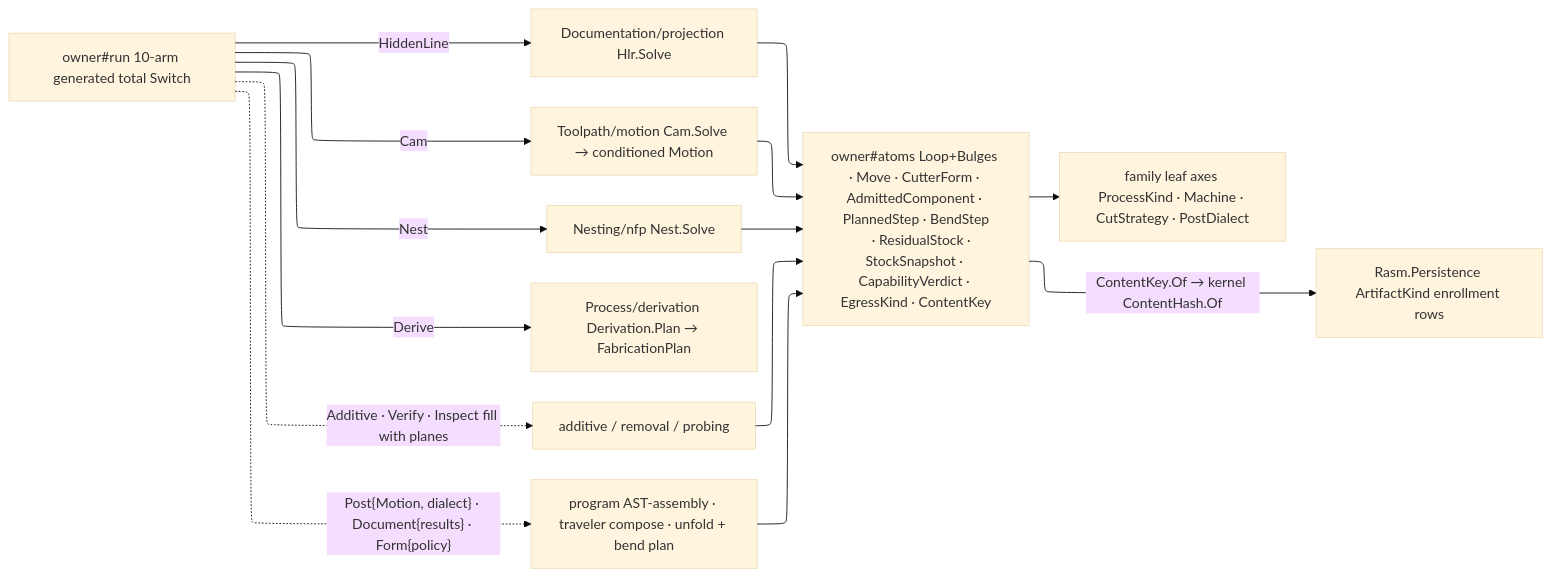
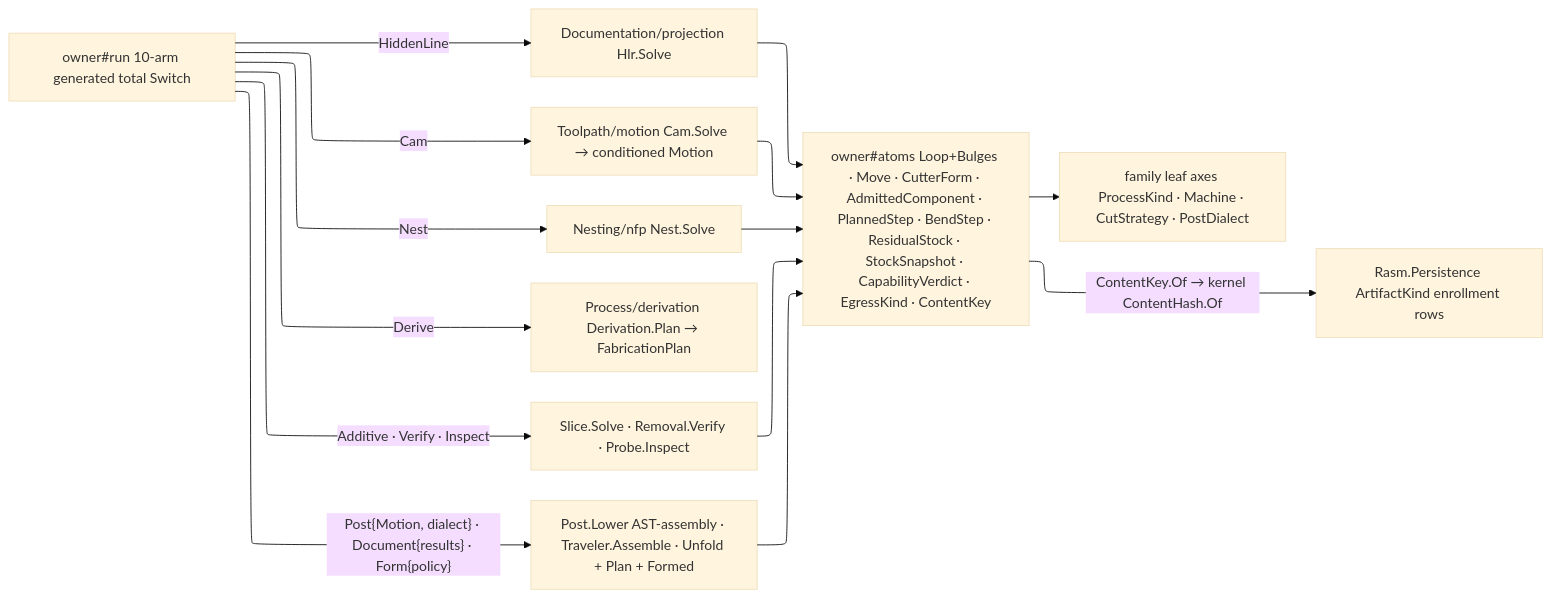
Before and after one commit to bsamiee/Rasm: the diagram in libs/csharp/Rasm.Fabrication/.planning/Process/owner.md, drawn with Mermaid. The commit also changed other lines of this file and 181 other files, not shown here.

````diff
--- a/libs/csharp/Rasm.Fabrication/.planning/Process/owner.md
+++ b/libs/csharp/Rasm.Fabrication/.planning/Process/owner.md
@@ -227,25 +237,24 @@
 ```mermaid
 ---
 config:
   layout: elk
   theme: base
 ---
 flowchart LR
-    Atoms["owner#atoms Loop+Bulges · Move · CutterForm · AdmittedComponent · PlannedStep · BendStep
-    · ResidualStock · StockSnapshot · CapabilityVerdict · EgressKind · ContentKey"]
+    Atoms["owner#atoms Loop+Bulges · Move · CutterForm · AdmittedComponent · PlannedStep · BendStep · ResidualStock · StockSnapshot · CapabilityVerdict · EgressKind · ContentKey"]
     Run["owner#run 10-arm generated total Switch"]
     Family["family leaf axes ProcessKind · Machine · CutStrategy · PostDialect"]
     Run -->|HiddenLine| Hlr["Documentation/projection Hlr.Solve"]
     Run -->|Cam| Cam["Toolpath/motion Cam.Solve → conditioned Motion"]
     Run -->|Nest| Nest["Nesting/nfp Nest.Solve"]
     Run -->|Derive| Derivation["Process/derivation Derivation.Plan → FabricationPlan"]
-    Run -.->|Additive · Verify · Inspect fill with planes| Planes["additive / removal / probing"]
-    Run -.->|"Post{Motion, dialect} · Document{results} · Form{policy}"| Egress["program AST-assembly · traveler compose · unfold + bend plan"]
+    Run -->|"Additive · Verify · Inspect"| Planes["Slice.Solve · Removal.Verify · Probe.Inspect"]
+    Run -->|"Post{Motion, dialect} · Document{results} · Form{policy}"| Egress["Post.Lower AST-assembly · Traveler.Assemble · Unfold + Plan + Formed"]
     Hlr --> Atoms
     Cam --> Atoms
     Nest --> Atoms
     Planes --> Atoms
     Egress --> Atoms
     Atoms --> Family
     Atoms -->|"ContentKey.Of → kernel ContentHash.Of"| Persist["Rasm.Persistence ArtifactKind enrollment rows"]
 ```
````
